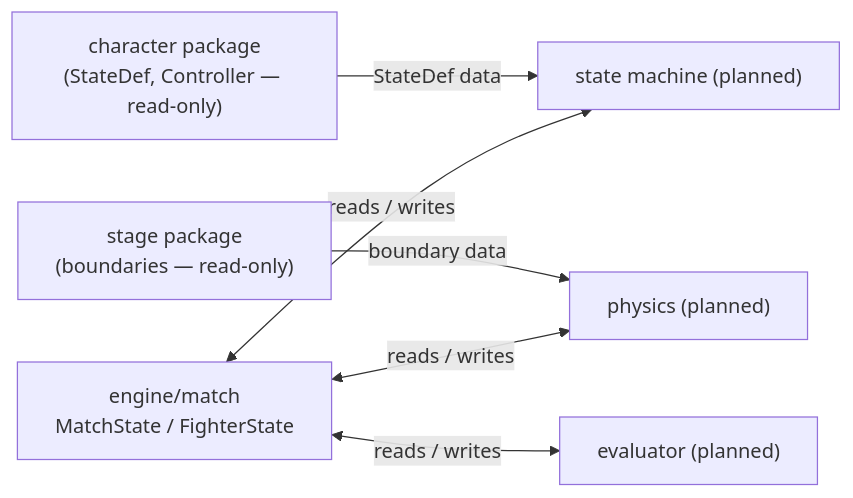
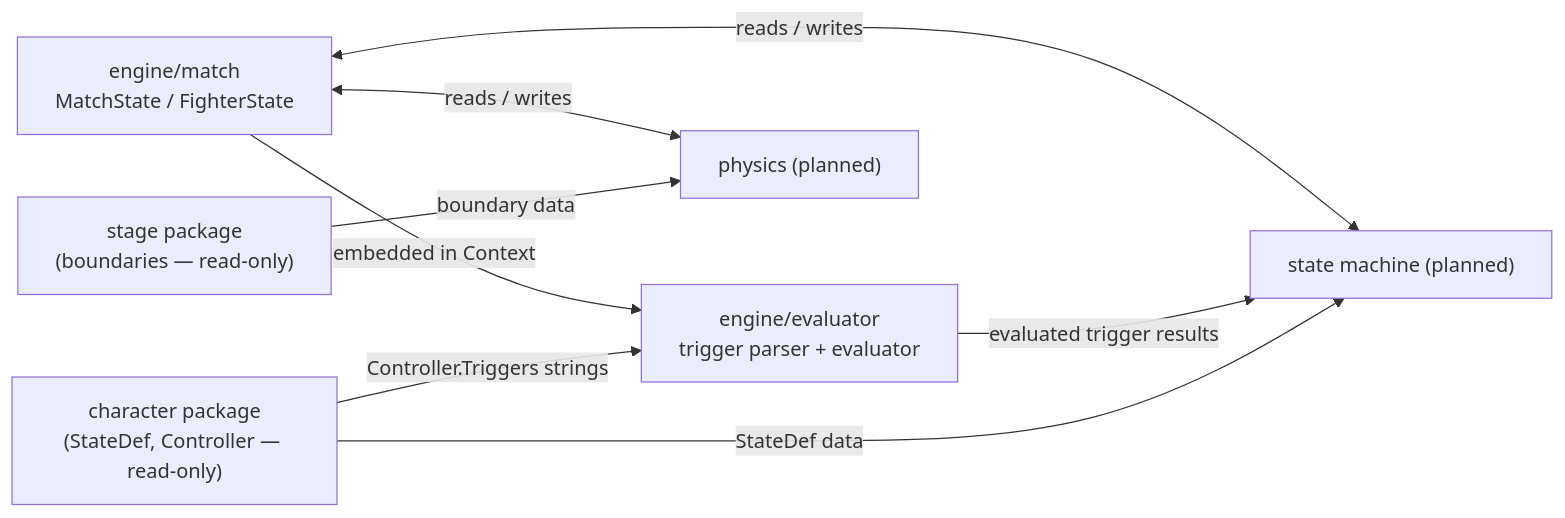
Before and after one commit to openkakutou/engine: the second of 2 diagrams in docs/architecture.md, drawn with Mermaid. The commit also changed other lines of this file and 17 other files, not shown here.

````diff
--- a/docs/architecture.md
+++ b/docs/architecture.md
@@ -31,15 +43,17 @@
 ```mermaid
 flowchart LR
     character["character package<br/>(StateDef, Controller — read-only)"]
     stage["stage package<br/>(boundaries — read-only)"]
     matchpkg["engine/match<br/>MatchState / FighterState"]
-    evaluator["evaluator (planned)"]
+    evaluatorpkg["engine/evaluator<br/>trigger parser + evaluator"]
     statemachine["state machine (planned)"]
     physics["physics (planned)"]
 
+    character -->|Controller.Triggers strings| evaluatorpkg
     character -->|StateDef data| statemachine
     stage -->|boundary data| physics
-    matchpkg <-->|reads / writes| evaluator
+    matchpkg -->|embedded in Context| evaluatorpkg
+    evaluatorpkg -->|evaluated trigger results| statemachine
     matchpkg <-->|reads / writes| statemachine
     matchpkg <-->|reads / writes| physics
 ```
````
